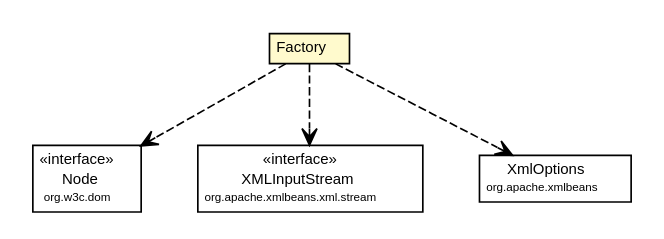
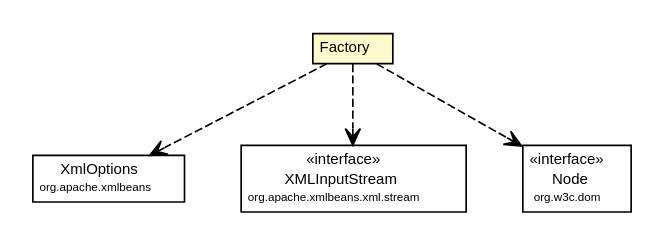
Before and after one commit to synchronoss/cpo-api: the diagram in site/apidocs/org/synchronoss/cpo/cassandra/cpoCassandraConfig/CtCassandraReadWriteConfig.Factory.dot, drawn with Graphviz. The commit also changed 886 other files, not shown here.

```diff
--- a/site/apidocs/org/synchronoss/cpo/cassandra/cpoCassandraConfig/CtCassandraReadWriteConfig.Factory.dot
+++ b/site/apidocs/org/synchronoss/cpo/cassandra/cpoCassandraConfig/CtCassandraReadWriteConfig.Factory.dot
@@ -1,45 +1,45 @@
 #!/usr/local/bin/dot
 #
 # Class diagram 
 # Generated by UmlGraph version 4.6 (http://www.spinellis.gr/sw/umlgraph)
 #
 
 digraph G {
 	edge [fontname="Helvetica",fontsize=10,labelfontname="Helvetica",labelfontsize=10];
 	node [fontname="Helvetica",fontsize=10,shape=plaintext];
 	// org.synchronoss.cpo.cassandra.cpoCassandraConfig.CtCassandraReadWriteConfig.Factory
 	c51449 [label=<<table border="0" cellborder="1" cellspacing="0" cellpadding="2" port="p" bgcolor="lemonChiffon" href="./CtCassandraReadWriteConfig.Factory.html">
 		<tr><td><table border="0" cellspacing="0" cellpadding="1">
 			<tr><td> Factory </td></tr>
 		</table></td></tr>
 		</table>>, fontname="Helvetica", fontcolor="black", fontsize=9.0];
-	// org.synchronoss.cpo.cassandra.cpoCassandraConfig.CtCassandraReadWriteConfig.Factory DEPEND org.w3c.dom.Node
+	// org.synchronoss.cpo.cassandra.cpoCassandraConfig.CtCassandraReadWriteConfig.Factory DEPEND org.apache.xmlbeans.XmlOptions
 	c51449:p -> c51462:p [taillabel="", label="", headlabel="", fontname="Helvetica", fontcolor="black", fontsize=10.0, color="black", arrowhead=open, style=dashed];
 	// org.synchronoss.cpo.cassandra.cpoCassandraConfig.CtCassandraReadWriteConfig.Factory DEPEND org.apache.xmlbeans.xml.stream.XMLInputStream
 	c51449:p -> c51463:p [taillabel="", label="", headlabel="", fontname="Helvetica", fontcolor="black", fontsize=10.0, color="black", arrowhead=open, style=dashed];
-	// org.synchronoss.cpo.cassandra.cpoCassandraConfig.CtCassandraReadWriteConfig.Factory DEPEND org.apache.xmlbeans.XmlOptions
+	// org.synchronoss.cpo.cassandra.cpoCassandraConfig.CtCassandraReadWriteConfig.Factory DEPEND org.w3c.dom.Node
 	c51449:p -> c51464:p [taillabel="", label="", headlabel="", fontname="Helvetica", fontcolor="black", fontsize=10.0, color="black", arrowhead=open, style=dashed];
 	// org.apache.xmlbeans.xml.stream.XMLInputStream
 	c51463 [label=<<table border="0" cellborder="1" cellspacing="0" cellpadding="2" port="p" href="http://java.sun.com/j2se/1.4.2/docs/api/org/apache/xmlbeans/xml/stream/XMLInputStream.html">
 		<tr><td><table border="0" cellspacing="0" cellpadding="1">
 			<tr><td> &laquo;interface&raquo; </td></tr>
 			<tr><td> XMLInputStream </td></tr>
 			<tr><td><font point-size="7.0"> org.apache.xmlbeans.xml.stream </font></td></tr>
 		</table></td></tr>
 		</table>>, fontname="Helvetica", fontcolor="black", fontsize=9.0];
 	// org.apache.xmlbeans.XmlOptions
-	c51464 [label=<<table border="0" cellborder="1" cellspacing="0" cellpadding="2" port="p" href="http://java.sun.com/j2se/1.4.2/docs/api/org/apache/xmlbeans/XmlOptions.html">
+	c51462 [label=<<table border="0" cellborder="1" cellspacing="0" cellpadding="2" port="p" href="http://java.sun.com/j2se/1.4.2/docs/api/org/apache/xmlbeans/XmlOptions.html">
 		<tr><td><table border="0" cellspacing="0" cellpadding="1">
 			<tr><td> XmlOptions </td></tr>
 			<tr><td><font point-size="7.0"> org.apache.xmlbeans </font></td></tr>
 		</table></td></tr>
 		</table>>, fontname="Helvetica", fontcolor="black", fontsize=9.0];
 	// org.w3c.dom.Node
-	c51462 [label=<<table border="0" cellborder="1" cellspacing="0" cellpadding="2" port="p" href="http://java.sun.com/j2se/1.4.2/docs/api/org/w3c/dom/Node.html">
+	c51464 [label=<<table border="0" cellborder="1" cellspacing="0" cellpadding="2" port="p" href="http://java.sun.com/j2se/1.4.2/docs/api/org/w3c/dom/Node.html">
 		<tr><td><table border="0" cellspacing="0" cellpadding="1">
 			<tr><td> &laquo;interface&raquo; </td></tr>
 			<tr><td> Node </td></tr>
 			<tr><td><font point-size="7.0"> org.w3c.dom </font></td></tr>
 		</table></td></tr>
 		</table>>, fontname="Helvetica", fontcolor="black", fontsize=9.0];
 }
```
